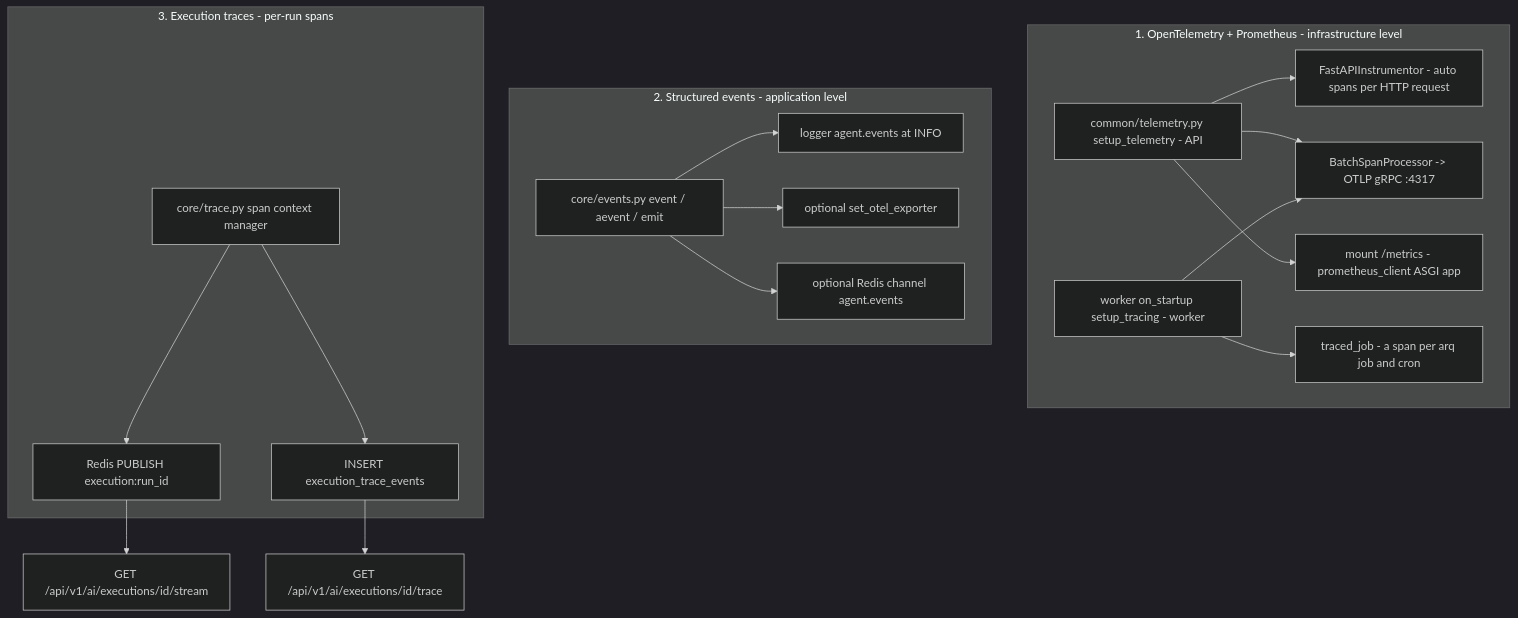
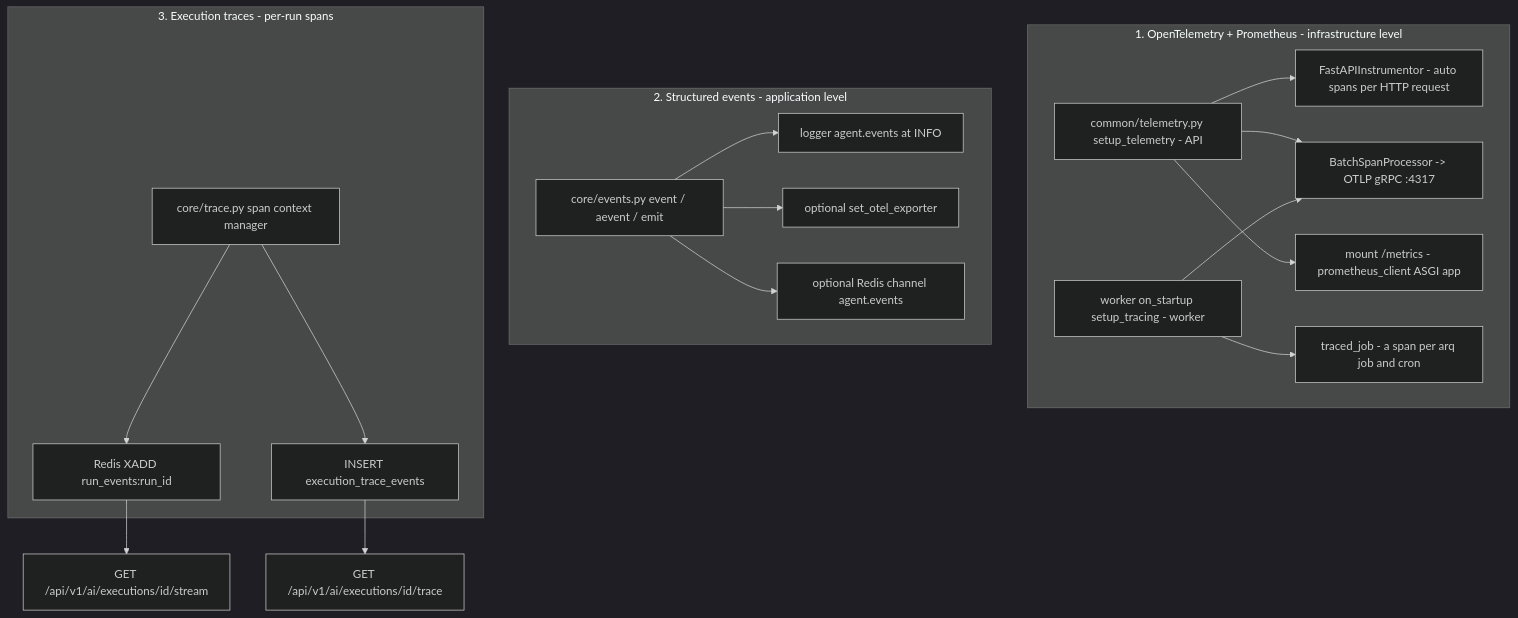
One commit to gondolerahul/hire-buddha-app changed diagram 15 of 19 in docs/current/02-system-architecture.md. Above: the diagram before and after it, drawn with Mermaid (dark theme). The commit also changed other lines of this file and 31 other files, not shown here.

````diff
--- a/docs/current/02-system-architecture.md
+++ b/docs/current/02-system-architecture.md
@@ -1055,24 +1056,24 @@
 ```mermaid
 graph TB
     subgraph OTEL["1. OpenTelemetry + Prometheus - infrastructure level"]
         SETUP["common/telemetry.py setup_telemetry - API"]
         SETUP --> FASTAPI["FastAPIInstrumentor - auto spans per HTTP request"]
         SETUP --> OTLP["BatchSpanProcessor -> OTLP gRPC :4317"]
         SETUP --> PROMEP["mount /metrics - prometheus_client ASGI app"]
         WSETUP["worker on_startup setup_tracing - worker"] --> OTLP
         WSETUP --> JOBSPAN["traced_job - a span per arq job and cron"]
     end
     subgraph EV["2. Structured events - application level"]
         EVENT["core/events.py event / aevent / emit"]
         EVENT --> LOG["logger agent.events at INFO"]
         EVENT --> OTELX["optional set_otel_exporter"]
         EVENT --> REDISCH["optional Redis channel agent.events"]
     end
     subgraph TR["3. Execution traces - per-run spans"]
         SPAN["core/trace.py span context manager"]
-        SPAN --> LIVE["Redis PUBLISH execution:run_id"]
+        SPAN --> LIVE["Redis XADD run_events:run_id"]
         SPAN --> HIST["INSERT execution_trace_events"]
     end
     LIVE --> SSE["GET /api/v1/ai/executions/id/stream"]
     HIST --> TRACEEP["GET /api/v1/ai/executions/id/trace"]
 ```
````
